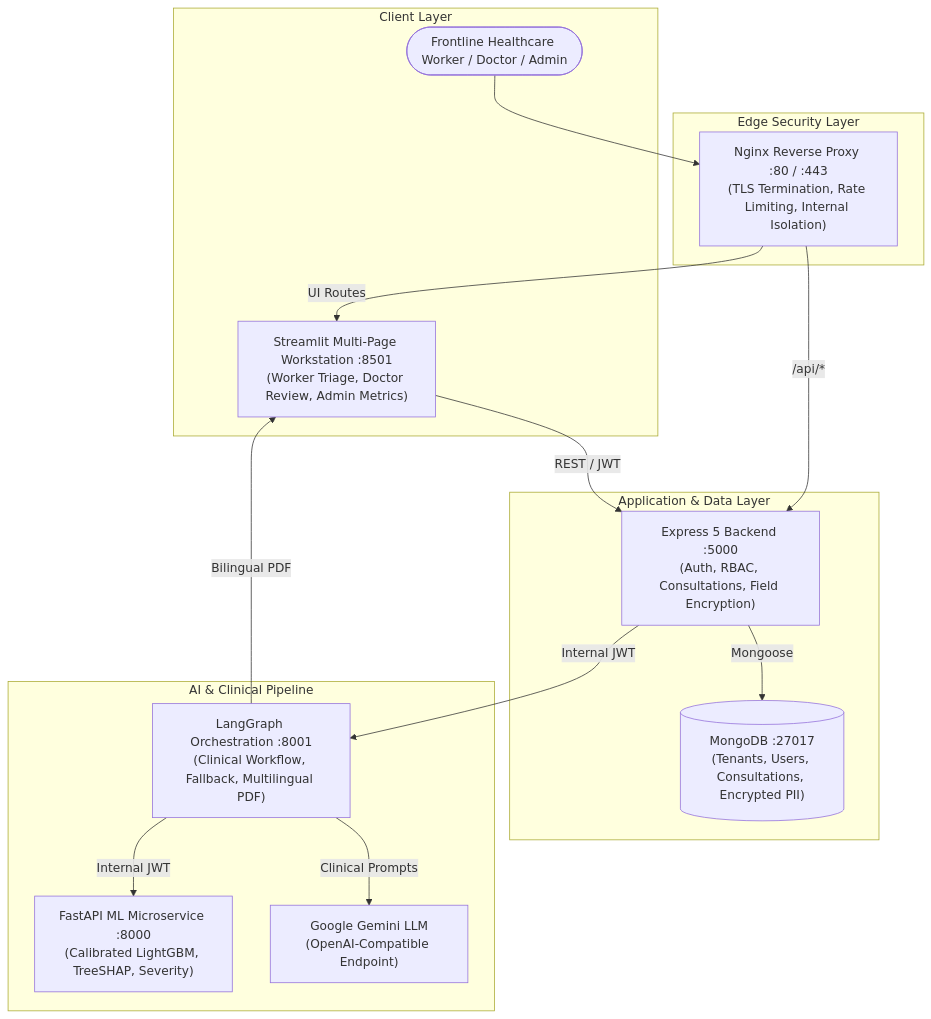
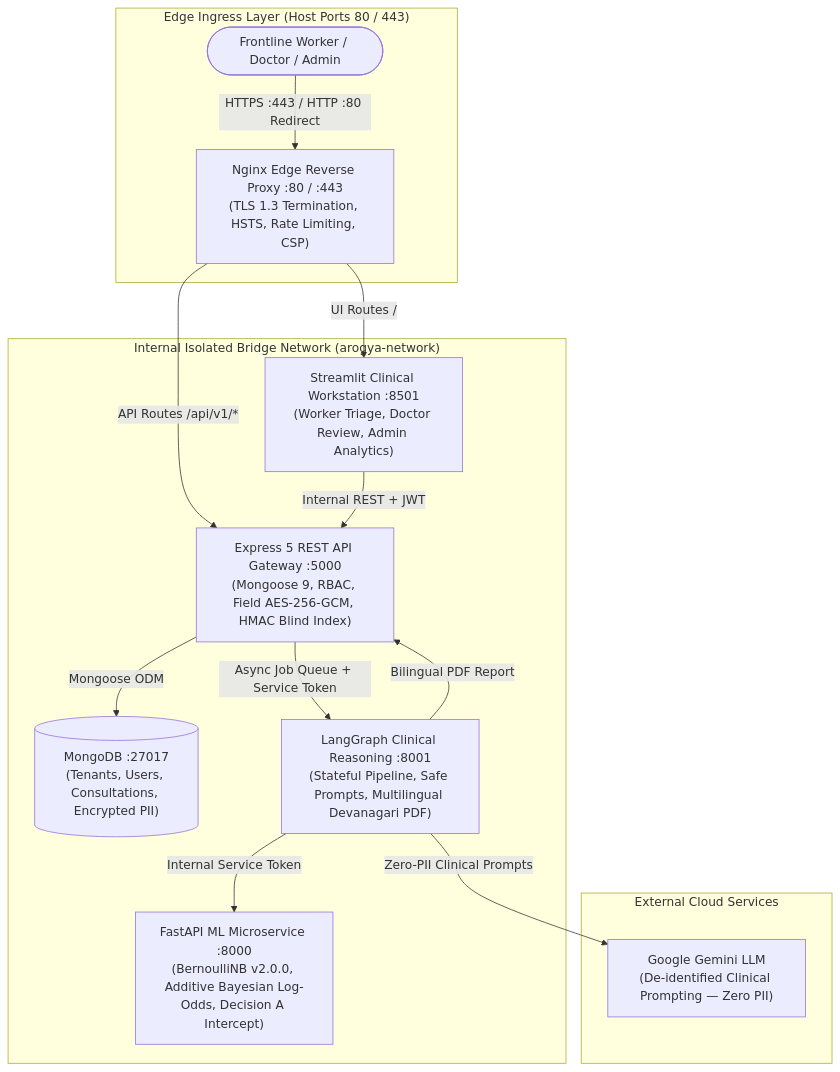
The diagram in README.md (satyam7535/ArogyaMitra), drawn with Mermaid before and after one commit. The commit also changed other lines of this file and 14 other files, not shown here.

Commit message:
feat(wp8-wp9): complete docker compose stack, ingress isolation, documentation matrices, and honest claims

````diff
--- a/README.md
+++ b/README.md
@@ -9,32 +9,29 @@
 ```mermaid
 flowchart TD
-    subgraph Client ["Client Layer"]
-        User(["Frontline Healthcare Worker / Doctor / Admin"])
-        UI["Streamlit Multi-Page Workstation :8501\n(Worker Triage, Doctor Review, Admin Metrics)"]
+    subgraph Public ["Edge Ingress Layer (Host Ports 80 / 443)"]
+        User(["Frontline Worker / Doctor / Admin"])
+        Proxy["Nginx Edge Reverse Proxy :80 / :443\n(TLS 1.3 Termination, HSTS, Rate Limiting, CSP)"]
     end
 
-    subgraph Ingress ["Edge Security Layer"]
-        Proxy["Nginx Reverse Proxy :80 / :443\n(TLS Termination, Rate Limiting, Internal Isolation)"]
+    subgraph Internal ["Internal Isolated Bridge Network (arogya-network)"]
+        UI["Streamlit Clinical Workstation :8501\n(Worker Triage, Doctor Review, Admin Analytics)"]
+        API["Express 5 REST API Gateway :5000\n(Mongoose 9, RBAC, Field AES-256-GCM, HMAC Blind Index)"]
+        DB[("MongoDB :27017\n(Tenants, Users, Consultations, Encrypted PII)")]
+        GraphSvc["LangGraph Clinical Reasoning :8001\n(Stateful Pipeline, Safe Prompts, Multilingual Devanagari PDF)"]
+        MLSvc["FastAPI ML Microservice :8000\n(BernoulliNB v2.0.0, Additive Bayesian Log-Odds, Decision A Intercept)"]
     end
 
-    subgraph Core ["Application & Data Layer"]
-        API["Express 5 Backend :5000\n(Auth, RBAC, Consultations, Field Encryption)"]
-        DB[("MongoDB :27017\n(Tenants, Users, Consultations, Encrypted PII)")]
+    subgraph External ["External Cloud Services"]
+        GeminiAPI["Google Gemini LLM\n(De-identified Clinical Prompting — Zero PII)"]
     end
 
-    subgraph AI ["AI & Clinical Pipeline"]
-        GraphSvc["LangGraph Orchestration :8001\n(Clinical Workflow, Fallback, Multilingual PDF)"]
-        MLSvc["FastAPI ML Microservice :8000\n(Calibrated LightGBM, TreeSHAP, Severity)"]
-        GeminiAPI["Google Gemini LLM\n(OpenAI-Compatible Endpoint)"]
-    end
-
-    User --> Proxy
-    Proxy -->|UI Routes| UI
-    Proxy -->|/api/*| API
-    UI -->|REST / JWT| API
-    API -->|Mongoose| DB
-    API -->|Internal JWT| GraphSvc
-    GraphSvc -->|Internal JWT| MLSvc
-    GraphSvc -->|Clinical Prompts| GeminiAPI
-    GraphSvc -->|Bilingual PDF| UI
+    User -->|HTTPS :443 / HTTP :80 Redirect| Proxy
+    Proxy -->|UI Routes /| UI
+    Proxy -->|API Routes /api/v1/*| API
+    UI -->|Internal REST + JWT| API
+    API -->|Mongoose ODM| DB
+    API -->|Async Job Queue + Service Token| GraphSvc
+    GraphSvc -->|Internal Service Token| MLSvc
+    GraphSvc -->|Zero-PII Clinical Prompts| GeminiAPI
+    GraphSvc -->|Bilingual PDF Report| API
 ```
````
